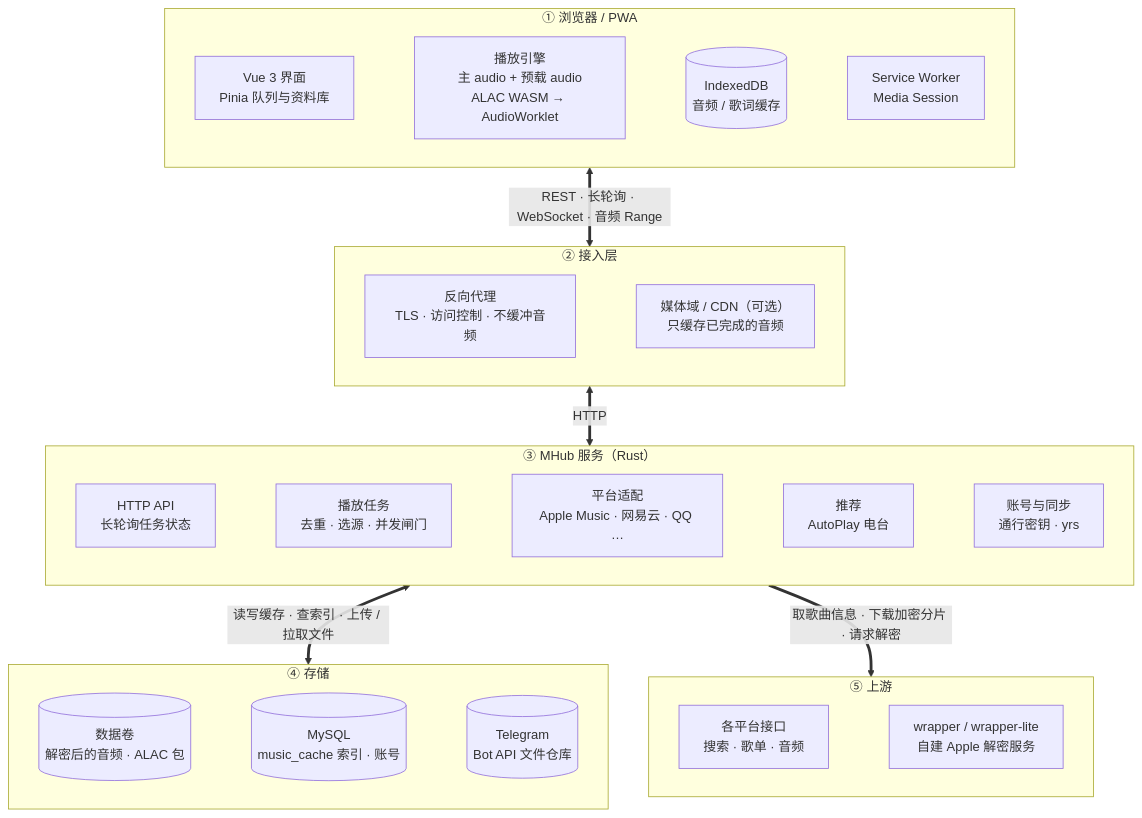
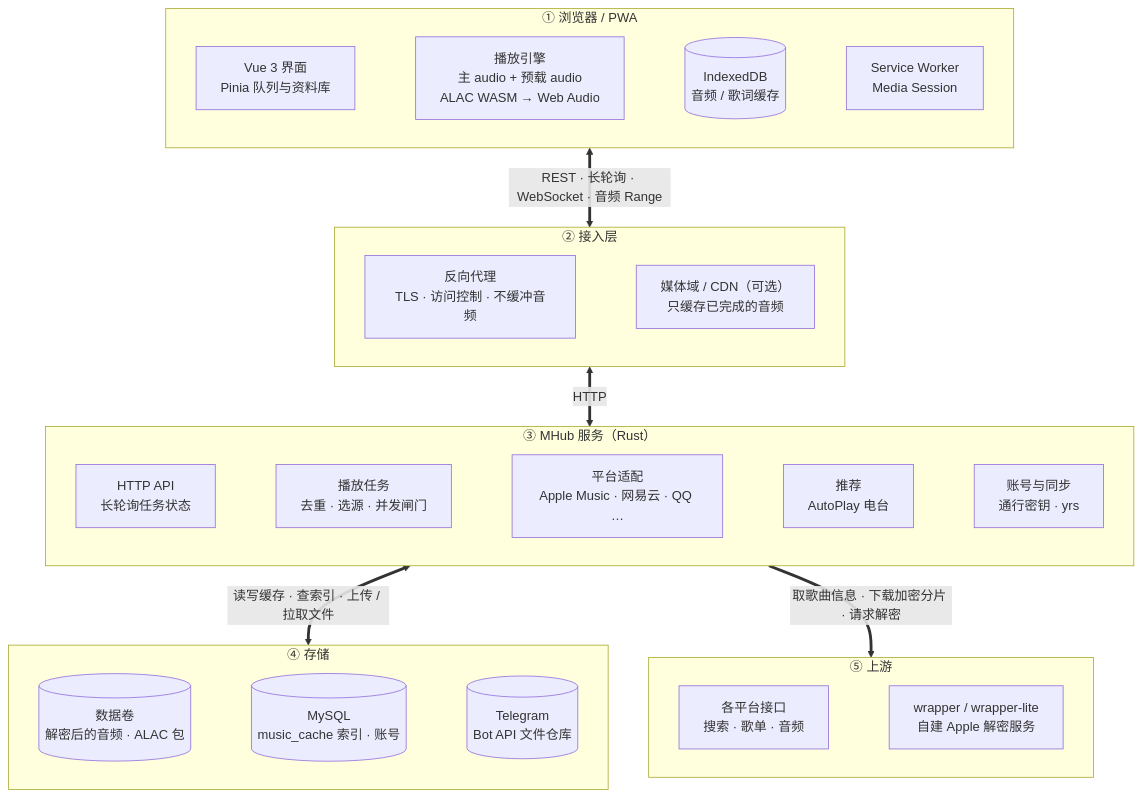
One commit to jizizr/mhub changed the first of 2 diagrams in README.md. Above: the diagram before and after it, drawn with Mermaid. The commit also changed other lines of this file and 37 other files, not shown here.

````diff
--- a/README.md
+++ b/README.md
@@ -49,32 +49,32 @@
 ```mermaid
 flowchart TB
   subgraph L1["① 浏览器 / PWA"]
     direction LR
-    UI["Vue 3 界面<br/>Pinia 队列与资料库"] ~~~ ENGINE["播放引擎<br/>主 audio + 预载 audio<br/>ALAC WASM → AudioWorklet"] ~~~ LOCAL[("IndexedDB<br/>音频 / 歌词缓存")] ~~~ SW["Service Worker<br/>Media Session"]
+    UI["Vue 3 界面<br/>Pinia 队列与资料库"] ~~~ ENGINE["播放引擎<br/>主 audio + 预载 audio<br/>ALAC WASM → Web Audio"] ~~~ LOCAL[("IndexedDB<br/>音频 / 歌词缓存")] ~~~ SW["Service Worker<br/>Media Session"]
   end
 
   subgraph L2["② 接入层"]
     direction LR
     PROXY["反向代理<br/>TLS · 访问控制 · 不缓冲音频"] ~~~ MEDIA["媒体域 / CDN（可选）<br/>只缓存已完成的音频"]
   end
 
   subgraph L3["③ MHub 服务（Rust）"]
     direction LR
     API["HTTP API<br/>长轮询任务状态"] ~~~ TASK["播放任务<br/>去重 · 选源 · 并发闸门"] ~~~ ADAPTER["平台适配<br/>Apple Music · 网易云 · QQ …"] ~~~ REC["推荐<br/>AutoPlay 电台"] ~~~ SYNC["账号与同步<br/>通行密钥 · yrs"]
   end
 
   subgraph L4["④ 存储"]
     direction LR
     DISK[("数据卷<br/>解密后的音频 · ALAC 包")] ~~~ DB[("MySQL<br/>music_cache 索引 · 账号")] ~~~ TG[("Telegram<br/>Bot API 文件仓库")]
   end
 
   subgraph L5["⑤ 上游"]
     direction LR
     PLAT["各平台接口<br/>搜索 · 歌单 · 音频"] ~~~ WRAP["wrapper / wrapper-lite<br/>自建 Apple 解密服务"]
   end
 
   L1 <==>|"REST · 长轮询 · WebSocket · 音频 Range"| L2
   L2 <==>|"HTTP"| L3
   L3 <==>|"读写缓存 · 查索引 · 上传 / 拉取文件"| L4
   L3 ==>|"取歌曲信息 · 下载加密分片 · 请求解密"| L5
 ```
````
